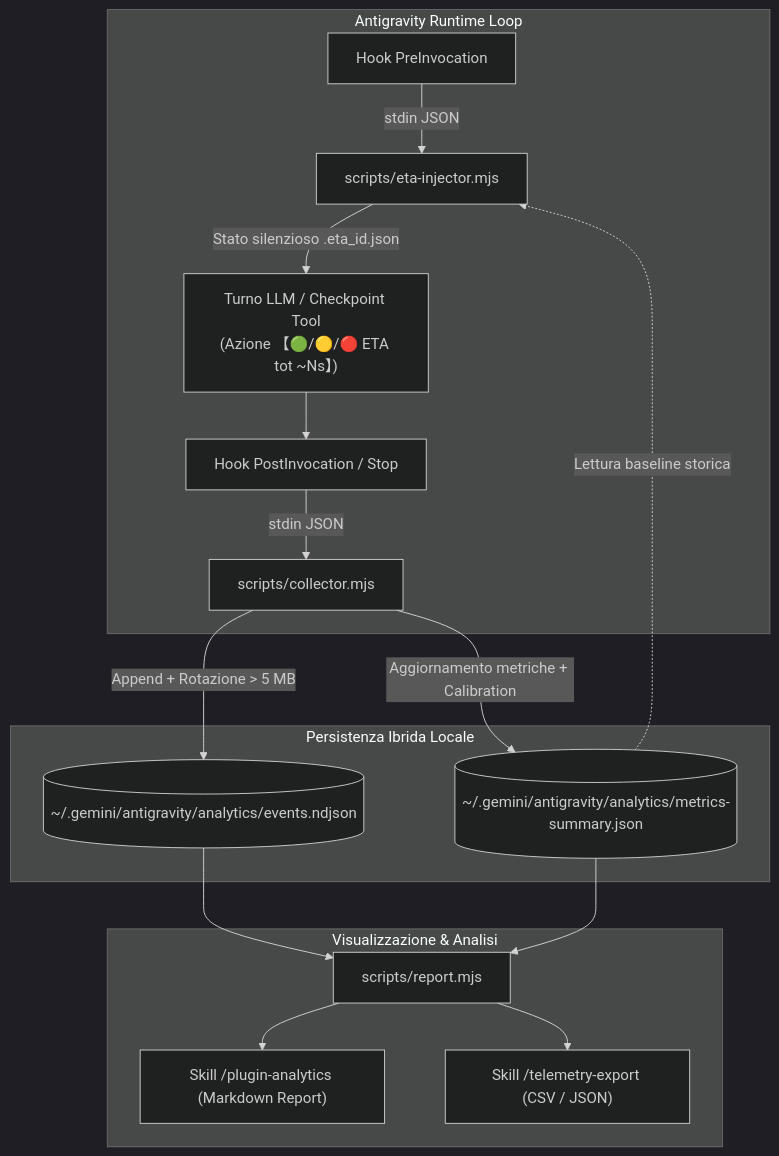
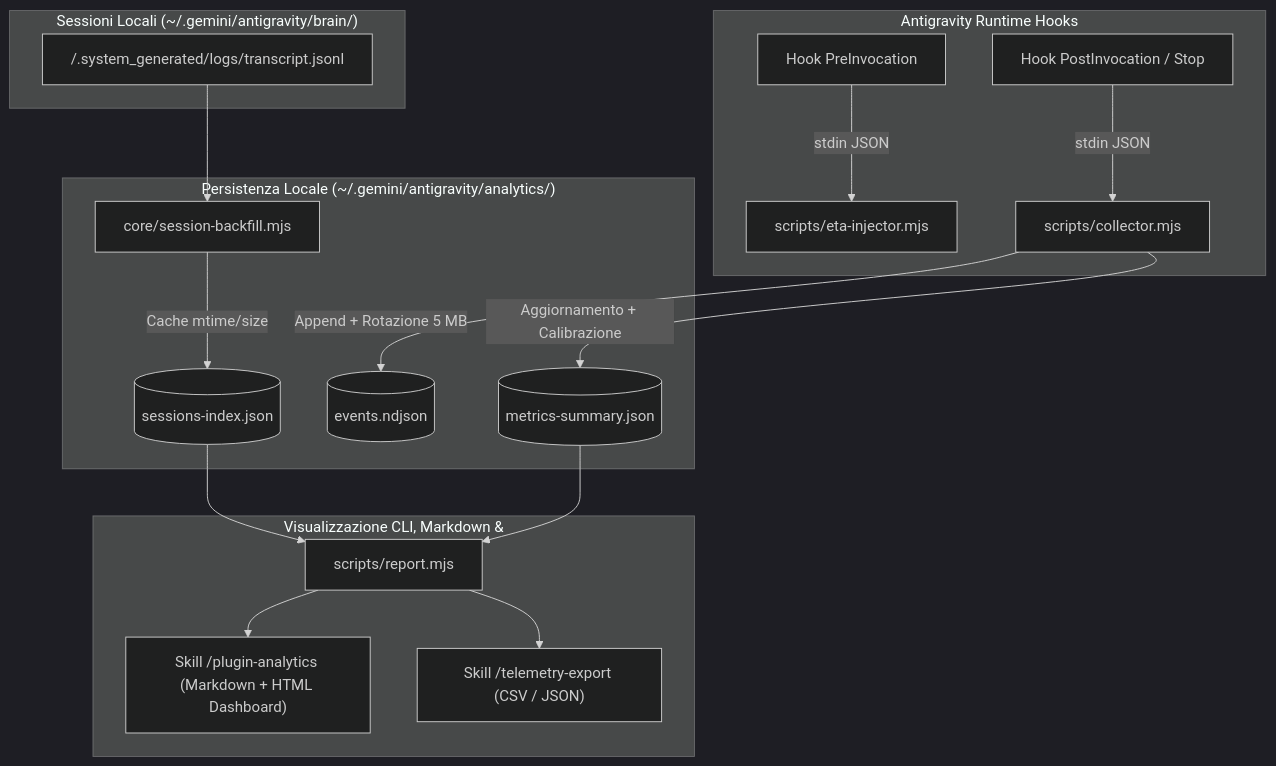
One commit to alessandroame/antigravity-plugins changed the diagram in plugins/telemetry-analytics/README.md. Above: the diagram before and after it, drawn with Mermaid (dark theme). The commit also changed other lines of this file and 8 other files, not shown here.

Commit message:
feat(telemetry-analytics): add local brain session backfill engine and interactive usage dashboard (v2.0.0)

````diff
--- a/plugins/telemetry-analytics/README.md
+++ b/plugins/telemetry-analytics/README.md
@@ -19,22 +23,25 @@
 ```mermaid
 flowchart TD
-    subgraph AntigravityRuntime["Antigravity Runtime Loop"]
-        PreInv["Hook PreInvocation"] -->|stdin JSON| EtaInj["scripts/eta-injector.mjs"]
-        EtaInj -->|Stato silenzioso .eta_id.json| Turn["Turno LLM / Checkpoint Tool<br/>(Azione 【🟢/🟡/🔴 ETA tot ~Ns】)"]
-        Turn --> PostInv["Hook PostInvocation / Stop"]
-        PostInv -->|stdin JSON| Collector["scripts/collector.mjs"]
+    subgraph BrainDir["Sessioni Locali (~/.gemini/antigravity/brain/)"]
+        Transcript["<conv-id>/.system_generated/logs/transcript.jsonl"]
     end
 
-    subgraph StorageLayer["Persistenza Ibrida Locale"]
-        Collector -->|Append + Rotazione > 5 MB| NDJSON[("~/.gemini/antigravity/analytics/events.ndjson")]
-        Collector -->|Aggiornamento metriche + Calibration| Summary[("~/.gemini/antigravity/analytics/metrics-summary.json")]
-        Summary -.->|Lettura baseline storica| EtaInj
+    subgraph RuntimeHooks["Antigravity Runtime Hooks"]
+        PreInv["Hook PreInvocation"] -->|stdin JSON| EtaInj["scripts/eta-injector.mjs"]
+        PostInv["Hook PostInvocation / Stop"] -->|stdin JSON| Collector["scripts/collector.mjs"]
     end
 
-    subgraph ReportingLayer["Visualizzazione & Analisi"]
-        NDJSON --> Report["scripts/report.mjs"]
+    subgraph StorageLayer["Persistenza Locale (~/.gemini/antigravity/analytics/)"]
+        Transcript --> Backfill["core/session-backfill.mjs"]
+        Backfill -->|Cache mtime/size| SIndex[("sessions-index.json")]
+        Collector -->|Append + Rotazione 5 MB| NDJSON[("events.ndjson")]
+        Collector -->|Aggiornamento + Calibrazione| Summary[("metrics-summary.json")]
+    end
+
+    subgraph ReportingLayer["Visualizzazione CLI, Markdown & <agent-embed>"]
+        SIndex --> Report["scripts/report.mjs"]
         Summary --> Report
-        Report --> Skill1["Skill /plugin-analytics (Markdown Report)"]
+        Report --> Skill1["Skill /plugin-analytics (Markdown + HTML Dashboard)"]
         Report --> Skill2["Skill /telemetry-export (CSV / JSON)"]
     end
 ```
````
